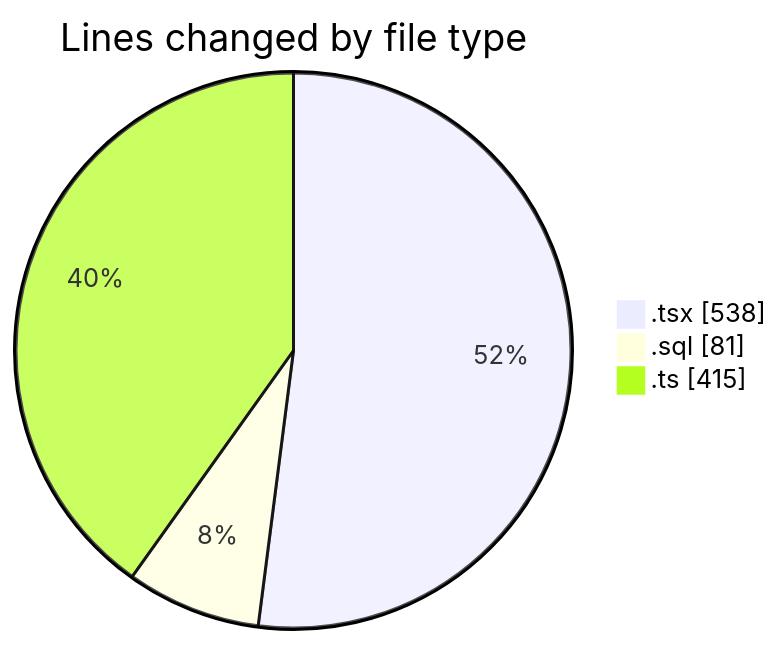
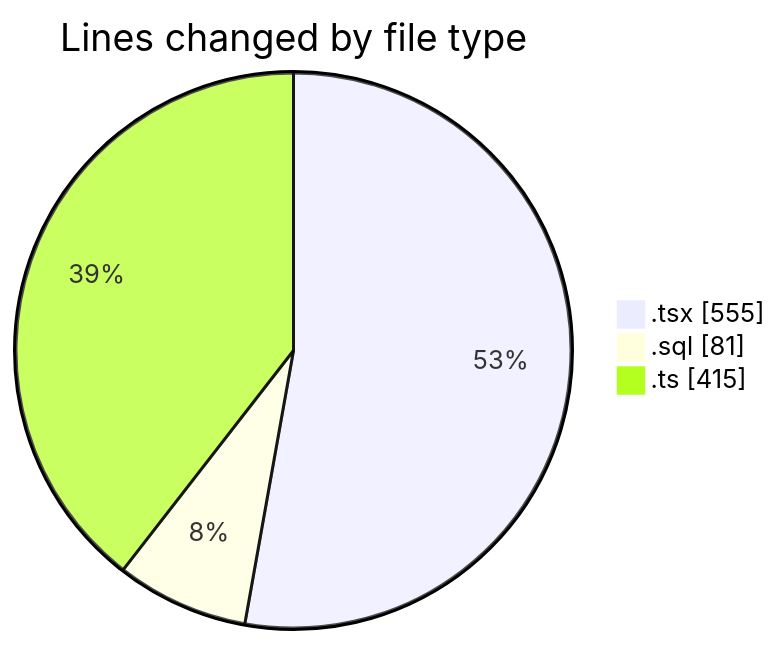
One commit to lephambinh05/code-tracking changed the first of 2 diagrams in 2025-09-09/hiai-phf/README.md. Above: the diagram before and after it, drawn with Mermaid. The commit also changed other lines of this file and 1 other file, not shown here.

````diff
--- a/2025-09-09/hiai-phf/README.md
+++ b/2025-09-09/hiai-phf/README.md
@@ -29,7 +30,7 @@
 ```mermaid
 pie showData
 title Lines changed by file type
-".tsx" : 538
+".tsx" : 555
 ".sql" : 81
 ".ts" : 415
 ```
````
